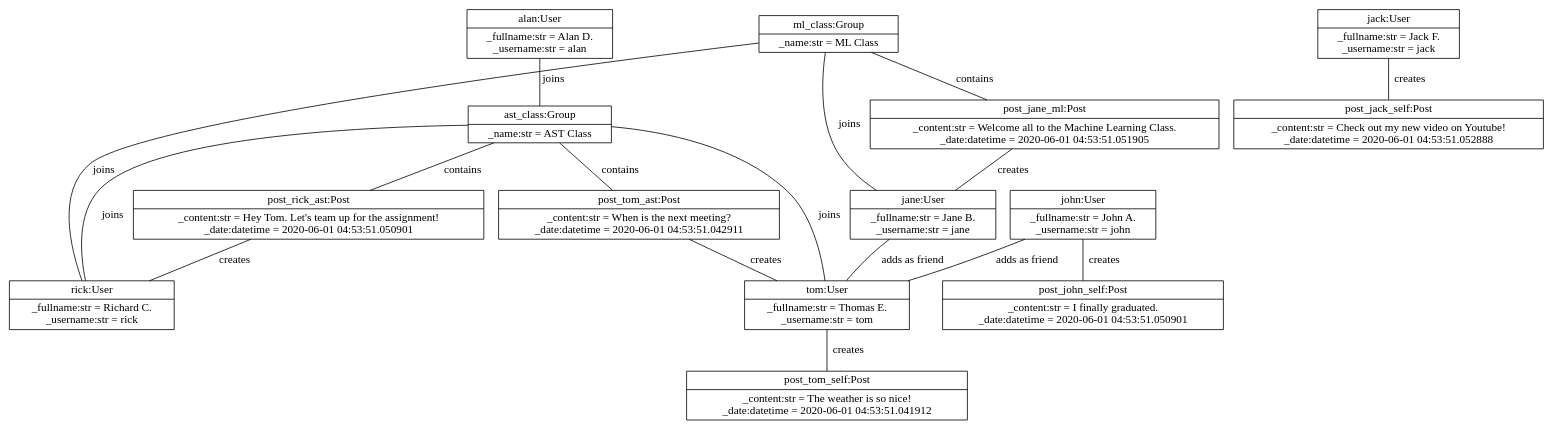
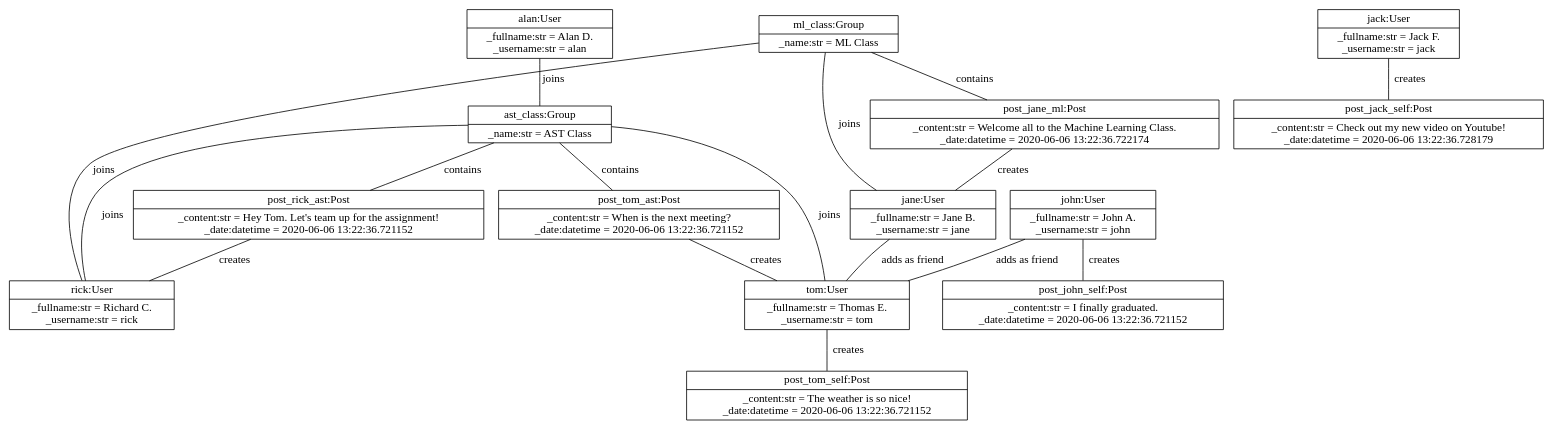
The diagram in documentation/diagram.gv (nlhlong01/cli-facebook), drawn with Graphviz before and after one commit. The commit also changed 3 other files, not shown here.

```diff
--- a/documentation/diagram.gv
+++ b/documentation/diagram.gv
@@ -1,43 +1,43 @@
 strict graph "Facebook Object Diagram" {
 	node [shape=record]
-	58906704 [label="{alan:User | _fullname:str = Alan D.\n_username:str = alan\n}"]
-	68246184 [label="{ast_class:Group | _name:str = AST Class\n}"]
-	68246136 [label="{jack:User | _fullname:str = Jack F.\n_username:str = jack\n}"]
-	58907280 [label="{jane:User | _fullname:str = Jane B.\n_username:str = jane\n}"]
-	58907424 [label="{john:User | _fullname:str = John A.\n_username:str = john\n}"]
-	68246232 [label="{ml_class:Group | _name:str = ML Class\n}"]
-	68246640 [label="{post_jack_self:Post | _content:str = Check out my new video on Youtube!\n_date:datetime = 2020-06-01 04:53:51.052888\n}"]
-	68246568 [label="{post_jane_ml:Post | _content:str = Welcome all to the Machine Learning Class.\n_date:datetime = 2020-06-01 04:53:51.051905\n}"]
-	68246424 [label="{post_john_self:Post | _content:str = I finally graduated.\n_date:datetime = 2020-06-01 04:53:51.050901\n}"]
-	68246496 [label="{post_rick_ast:Post | _content:str = Hey Tom. Let's team up for the assignment!\n_date:datetime = 2020-06-01 04:53:51.050901\n}"]
-	68246352 [label="{post_tom_ast:Post | _content:str = When is the next meeting?\n_date:datetime = 2020-06-01 04:53:51.042911\n}"]
-	68246280 [label="{post_tom_self:Post | _content:str = The weather is so nice!\n_date:datetime = 2020-06-01 04:53:51.041912\n}"]
-	58906728 [label="{rick:User | _fullname:str = Richard C.\n_username:str = rick\n}"]
-	58907400 [label="{tom:User | _fullname:str = Thomas E.\n_username:str = tom\n}"]
-	58906704 -- 68246184 [label=joins]
-	68246184 -- 58907400 [label=joins]
-	68246184 -- 58906704 [label=joins]
-	68246184 -- 58906728 [label=joins]
-	68246184 -- 68246352 [label=contains]
-	68246184 -- 68246496 [label=contains]
-	68246136 -- 68246640 [label=creates]
-	58907280 -- 58907400 [label="adds as friend"]
-	58907280 -- 68246232 [label=joins]
-	58907424 -- 58907400 [label="adds as friend"]
-	58907424 -- 68246424 [label=creates]
-	68246232 -- 58907280 [label=joins]
-	68246232 -- 58906728 [label=joins]
-	68246232 -- 68246568 [label=contains]
-	68246568 -- 68246232 [label=contains]
-	68246568 -- 58907280 [label=creates]
-	68246496 -- 68246184 [label=contains]
-	68246496 -- 58906728 [label=creates]
-	68246352 -- 68246184 [label=contains]
-	68246352 -- 58907400 [label=creates]
-	58906728 -- 68246184 [label=joins]
-	58906728 -- 68246232 [label=joins]
-	58907400 -- 58907424 [label="adds as friend"]
-	58907400 -- 58907280 [label="adds as friend"]
-	58907400 -- 68246184 [label=joins]
-	58907400 -- 68246280 [label=creates]
+	58412096 [label="{alan:User | _fullname:str = Alan D.\n_username:str = alan\n}"]
+	58447616 [label="{ast_class:Group | _name:str = AST Class\n}"]
+	58446176 [label="{jack:User | _fullname:str = Jack F.\n_username:str = jack\n}"]
+	58412120 [label="{jane:User | _fullname:str = Jane B.\n_username:str = jane\n}"]
+	57652488 [label="{john:User | _fullname:str = John A.\n_username:str = john\n}"]
+	58538304 [label="{ml_class:Group | _name:str = ML Class\n}"]
+	58539192 [label="{post_jack_self:Post | _content:str = Check out my new video on Youtube!\n_date:datetime = 2020-06-06 13:22:36.728179\n}"]
+	58539120 [label="{post_jane_ml:Post | _content:str = Welcome all to the Machine Learning Class.\n_date:datetime = 2020-06-06 13:22:36.722174\n}"]
+	58538976 [label="{post_john_self:Post | _content:str = I finally graduated.\n_date:datetime = 2020-06-06 13:22:36.721152\n}"]
+	58539048 [label="{post_rick_ast:Post | _content:str = Hey Tom. Let's team up for the assignment!\n_date:datetime = 2020-06-06 13:22:36.721152\n}"]
+	58538904 [label="{post_tom_ast:Post | _content:str = When is the next meeting?\n_date:datetime = 2020-06-06 13:22:36.721152\n}"]
+	58538832 [label="{post_tom_self:Post | _content:str = The weather is so nice!\n_date:datetime = 2020-06-06 13:22:36.721152\n}"]
+	58412336 [label="{rick:User | _fullname:str = Richard C.\n_username:str = rick\n}"]
+	58447592 [label="{tom:User | _fullname:str = Thomas E.\n_username:str = tom\n}"]
+	58412096 -- 58447616 [label=joins]
+	58447616 -- 58447592 [label=joins]
+	58447616 -- 58412096 [label=joins]
+	58447616 -- 58412336 [label=joins]
+	58447616 -- 58538904 [label=contains]
+	58447616 -- 58539048 [label=contains]
+	58446176 -- 58539192 [label=creates]
+	58412120 -- 58447592 [label="adds as friend"]
+	58412120 -- 58538304 [label=joins]
+	57652488 -- 58447592 [label="adds as friend"]
+	57652488 -- 58538976 [label=creates]
+	58538304 -- 58412120 [label=joins]
+	58538304 -- 58412336 [label=joins]
+	58538304 -- 58539120 [label=contains]
+	58539120 -- 58538304 [label=contains]
+	58539120 -- 58412120 [label=creates]
+	58539048 -- 58447616 [label=contains]
+	58539048 -- 58412336 [label=creates]
+	58538904 -- 58447616 [label=contains]
+	58538904 -- 58447592 [label=creates]
+	58412336 -- 58447616 [label=joins]
+	58412336 -- 58538304 [label=joins]
+	58447592 -- 57652488 [label="adds as friend"]
+	58447592 -- 58412120 [label="adds as friend"]
+	58447592 -- 58447616 [label=joins]
+	58447592 -- 58538832 [label=creates]
 }
```
